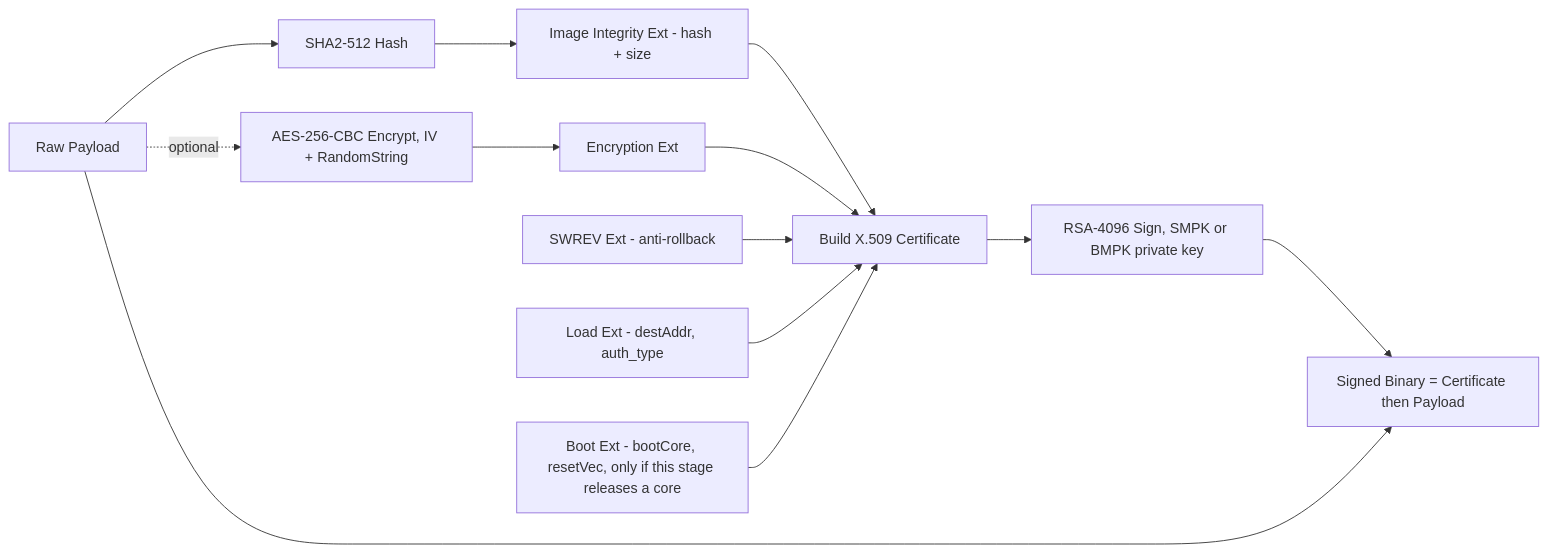
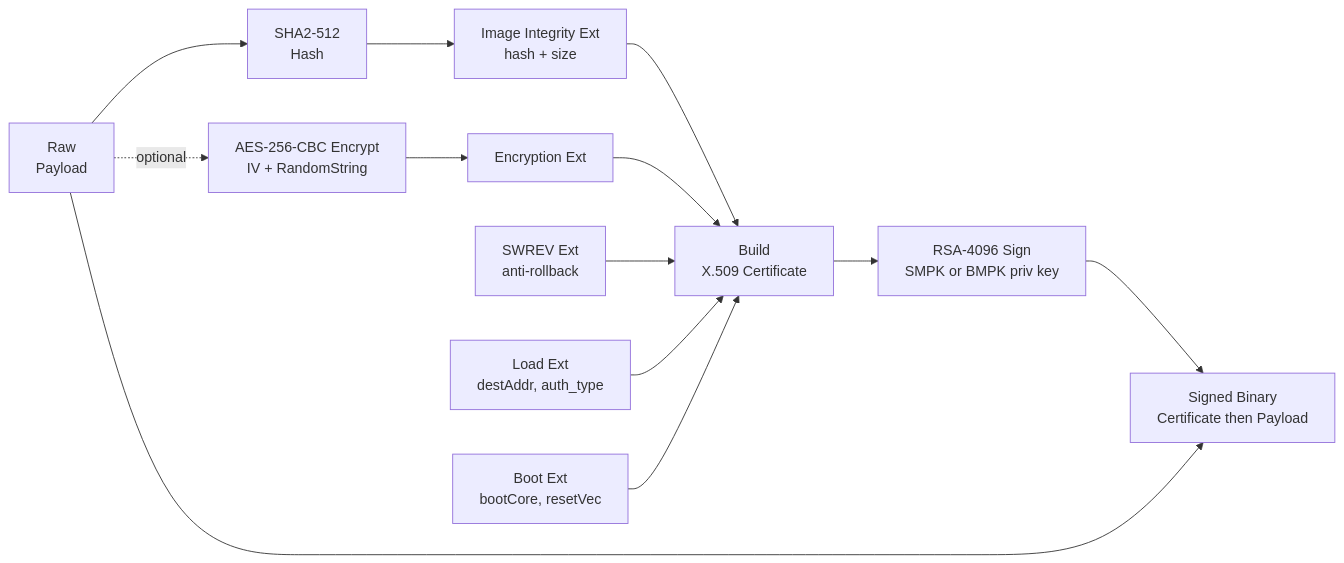
The third of 6 diagrams in TDA4VM_Secure_Authentic_Boot_Runtime_Integrity_Requirements.md (vinodneelakantam/Sec_Concepts_Req_tracability), drawn with Mermaid before and after one commit. The commit also changed other lines of this file, not shown here.

````diff
--- a/TDA4VM_Secure_Authentic_Boot_Runtime_Integrity_Requirements.md
+++ b/TDA4VM_Secure_Authentic_Boot_Runtime_Integrity_Requirements.md
@@ -188,15 +188,25 @@
 ```mermaid
 graph LR
-  PAY["Raw Payload"] --> HASH["SHA2-512 Hash"]
-  HASH --> IIE["Image Integrity Ext - hash + size"]
-  PAY -.->|optional| ENC["AES-256-CBC Encrypt, IV + RandomString"]
+  PAY["Raw
+Payload"] --> HASH["SHA2-512
+Hash"]
+  HASH --> IIE["Image Integrity Ext
+hash + size"]
+  PAY -.->|optional| ENC["AES-256-CBC Encrypt
+IV + RandomString"]
   ENC --> EEXT["Encryption Ext"]
-  IIE --> CERT["Build X.509 Certificate"]
+  IIE --> CERT["Build
+X.509 Certificate"]
   EEXT --> CERT
-  SWR["SWREV Ext - anti-rollback"] --> CERT
-  LOAD["Load Ext - destAddr, auth_type"] --> CERT
-  BOOT["Boot Ext - bootCore, resetVec, only if this stage releases a core"] --> CERT
-  CERT --> SIGN["RSA-4096 Sign, SMPK or BMPK private key"]
-  SIGN --> OUT["Signed Binary = Certificate then Payload"]
+  SWR["SWREV Ext
+anti-rollback"] --> CERT
+  LOAD["Load Ext
+destAddr, auth_type"] --> CERT
+  BOOT["Boot Ext
+bootCore, resetVec"] --> CERT
+  CERT --> SIGN["RSA-4096 Sign
+SMPK or BMPK priv key"]
+  SIGN --> OUT["Signed Binary
+Certificate then Payload"]
   PAY --> OUT
 ```
````
